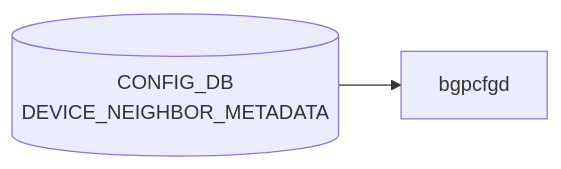
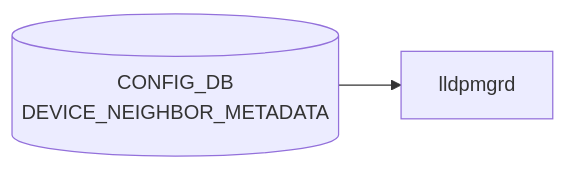
One commit to aoki-taquan/sonic-unofficial-docs changed the diagram in docs/reference/config-db/device-neighbor-metadata.md. Above: the diagram before and after it, drawn with Mermaid. The commit also changed 16 other files, not shown here.

First line of the commit message:
chore(cdb-mermaid): add fallback dict for 27 unmapped tables → 121/121

````diff
--- a/docs/reference/config-db/device-neighbor-metadata.md
+++ b/docs/reference/config-db/device-neighbor-metadata.md
@@ -29,6 +29,6 @@
 ```mermaid
 flowchart LR
   CDB[("CONFIG_DB<br/>DEVICE_NEIGHBOR_METADATA")]
-  DM["bgpcfgd"]
+  DM["lldpmgrd"]
   CDB --> DM
 ```
````
